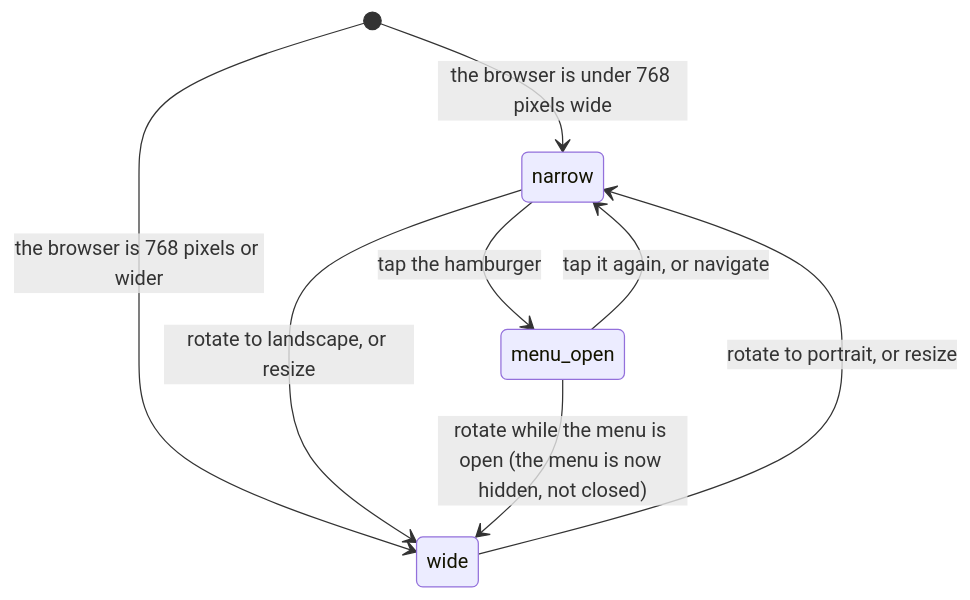
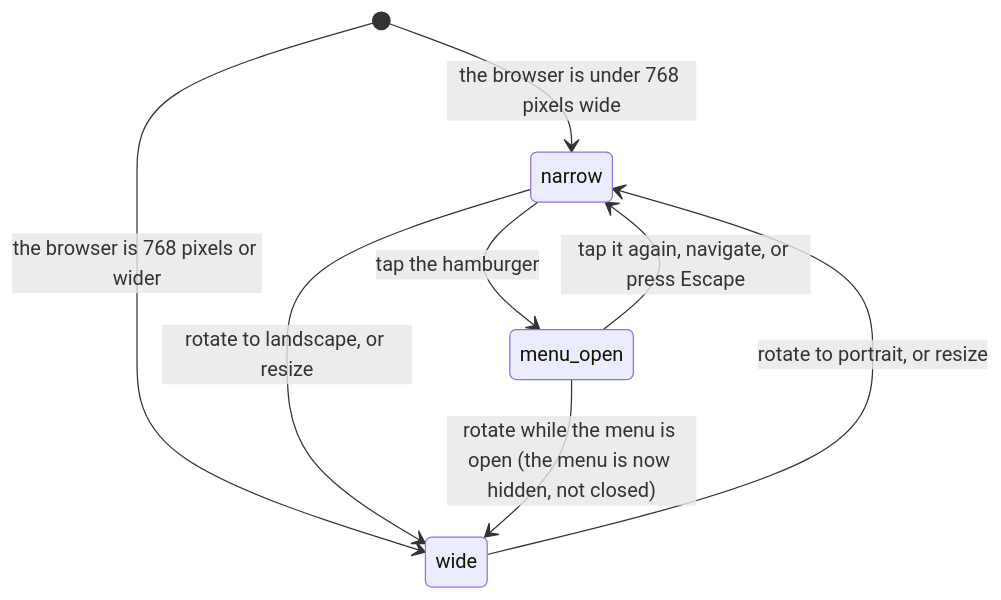
One commit to DougZeThug/717rec changed the diagram in docs/product-description/cross-cutting/on-a-phone.md. Above: the diagram before and after it, drawn with Mermaid. The commit also changed other lines of this file and 7 other files, not shown here.

````diff
--- a/docs/product-description/cross-cutting/on-a-phone.md
+++ b/docs/product-description/cross-cutting/on-a-phone.md
@@ -76,10 +76,10 @@
 ```mermaid
 stateDiagram-v2
     [*] --> narrow : the browser is under 768 pixels wide
     [*] --> wide : the browser is 768 pixels or wider
     narrow --> wide : rotate to landscape, or resize
     wide --> narrow : rotate to portrait, or resize
     narrow --> menu_open : tap the hamburger
-    menu_open --> narrow : tap it again, or navigate
+    menu_open --> narrow : tap it again, navigate, or press Escape
     menu_open --> wide : rotate while the menu is open (the menu is now hidden, not closed)
 ```
````
